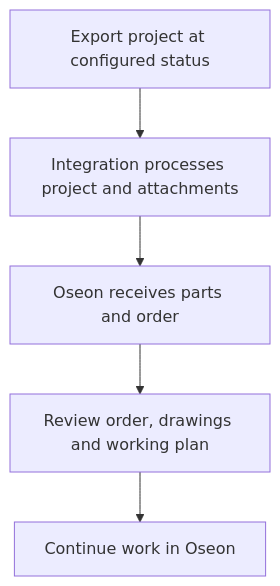
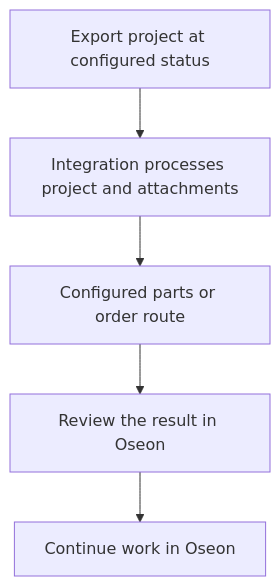
The second of 2 diagrams in qf2oseon/workflow.mdx (SheetMetalConnect/smc-mintlify), drawn with Mermaid before and after one commit. The commit also changed other lines of this file, not shown here.

Commit message:
docs: clarify Oseon route checks

````diff
--- a/qf2oseon/workflow.mdx
+++ b/qf2oseon/workflow.mdx
@@ -72,7 +72,7 @@
 ```mermaid
 flowchart TD
  A["Export project at configured status"] --> B["Integration processes project and attachments"]
- B --> C["Oseon receives parts and order"]
- C --> D["Review order, drawings and working plan"]
+ B --> C["Configured parts or order route"]
+ C --> D["Review the result in Oseon"]
  D --> E["Continue work in Oseon"]
 ```
````
